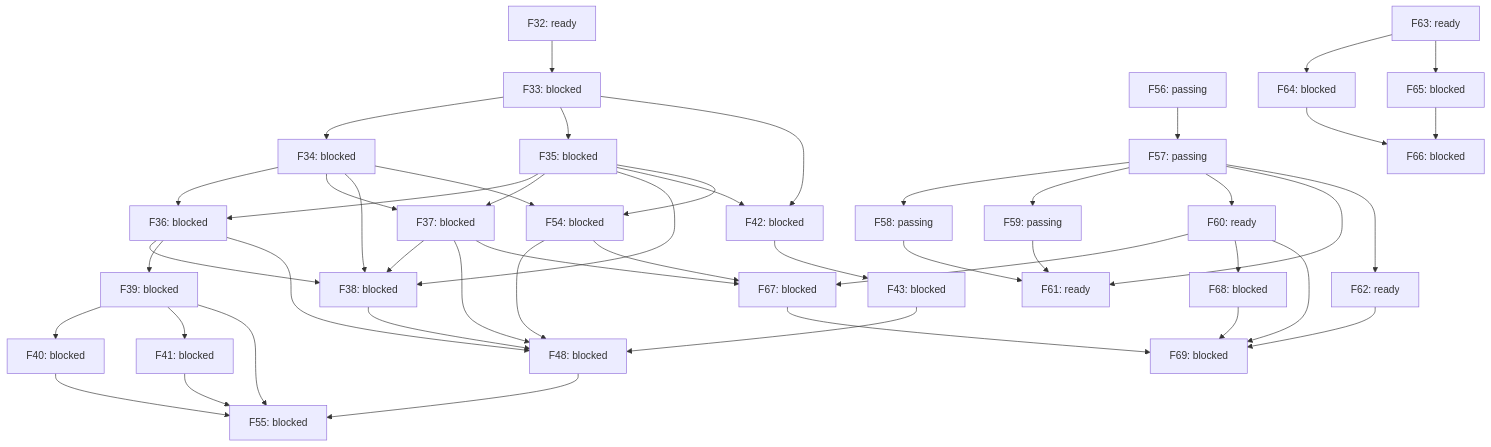
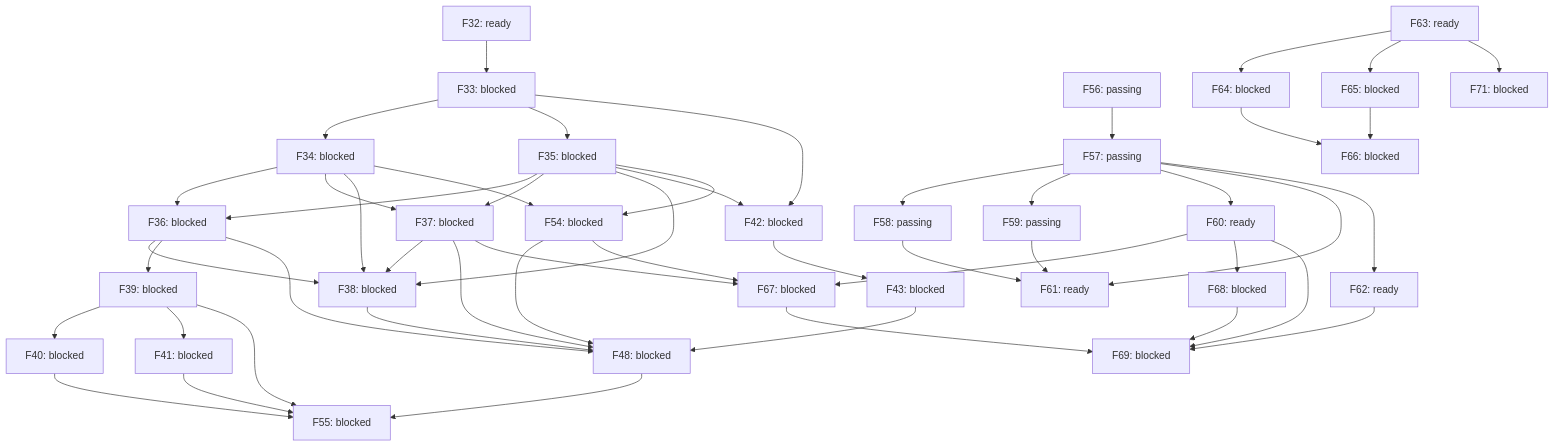
Before and after one commit to alex-nax/rengine: the diagram in docs/roadmap-graph.md, drawn with Mermaid. The commit also changed other lines of this file and 13 other files, not shown here.

````diff
--- a/docs/roadmap-graph.md
+++ b/docs/roadmap-graph.md
@@ -7,80 +7,82 @@
 ```mermaid
 flowchart TD
   F32["F32: ready"]
   F33["F33: blocked"]
   F32 --> F33
   F34["F34: blocked"]
   F33 --> F34
   F35["F35: blocked"]
   F33 --> F35
   F36["F36: blocked"]
   F34 --> F36
   F35 --> F36
   F37["F37: blocked"]
   F34 --> F37
   F35 --> F37
   F38["F38: blocked"]
   F34 --> F38
   F35 --> F38
   F36 --> F38
   F37 --> F38
   F39["F39: blocked"]
   F36 --> F39
   F40["F40: blocked"]
   F39 --> F40
   F41["F41: blocked"]
   F39 --> F41
   F42["F42: blocked"]
   F33 --> F42
   F35 --> F42
   F43["F43: blocked"]
   F42 --> F43
   F48["F48: blocked"]
   F36 --> F48
   F37 --> F48
   F38 --> F48
   F43 --> F48
   F54 --> F48
   F54["F54: blocked"]
   F34 --> F54
   F35 --> F54
   F55["F55: blocked"]
   F39 --> F55
   F40 --> F55
   F41 --> F55
   F48 --> F55
   F56["F56: passing"]
   F57["F57: passing"]
   F56 --> F57
   F58["F58: passing"]
   F57 --> F58
   F59["F59: passing"]
   F57 --> F59
   F60["F60: ready"]
   F57 --> F60
   F61["F61: ready"]
   F57 --> F61
   F58 --> F61
   F59 --> F61
   F62["F62: ready"]
   F57 --> F62
   F63["F63: ready"]
   F64["F64: blocked"]
   F63 --> F64
   F65["F65: blocked"]
   F63 --> F65
   F66["F66: blocked"]
   F65 --> F66
   F64 --> F66
   F67["F67: blocked"]
   F60 --> F67
   F37 --> F67
   F54 --> F67
   F68["F68: blocked"]
   F60 --> F68
   F69["F69: blocked"]
   F60 --> F69
   F67 --> F69
   F68 --> F69
   F62 --> F69
+  F71["F71: blocked"]
+  F63 --> F71
 ```
````
